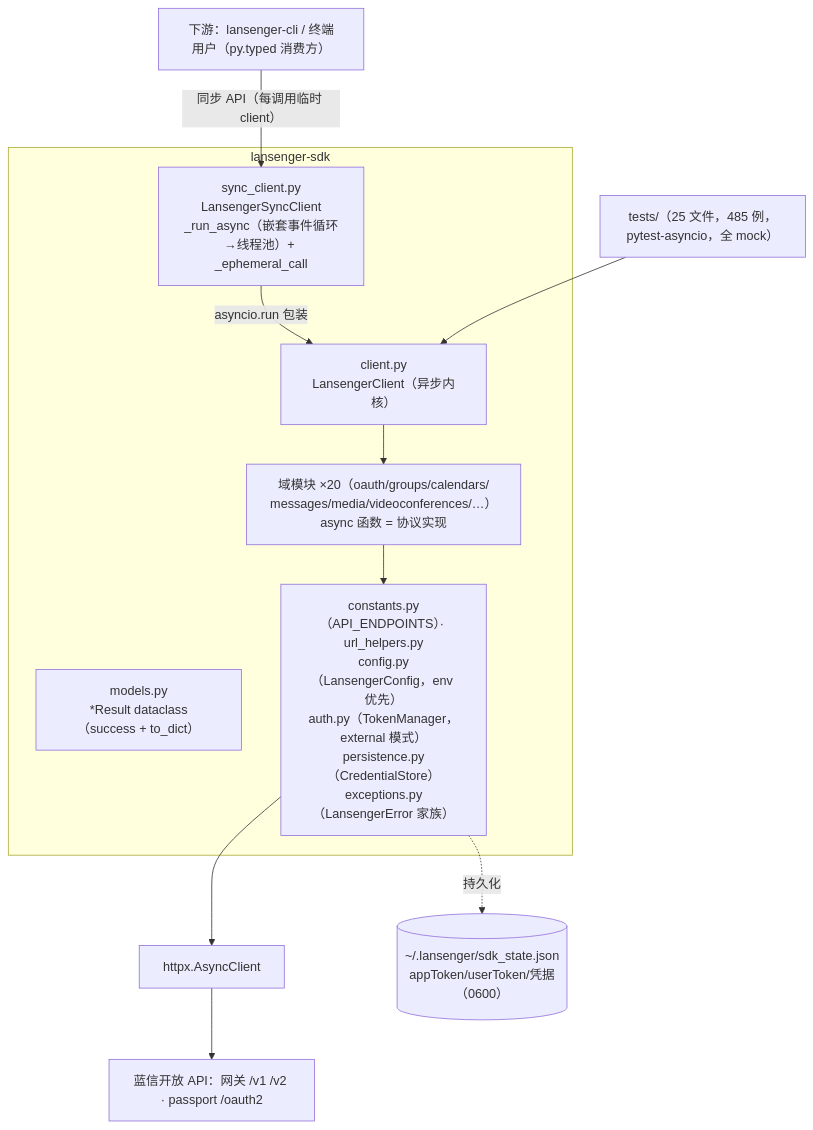
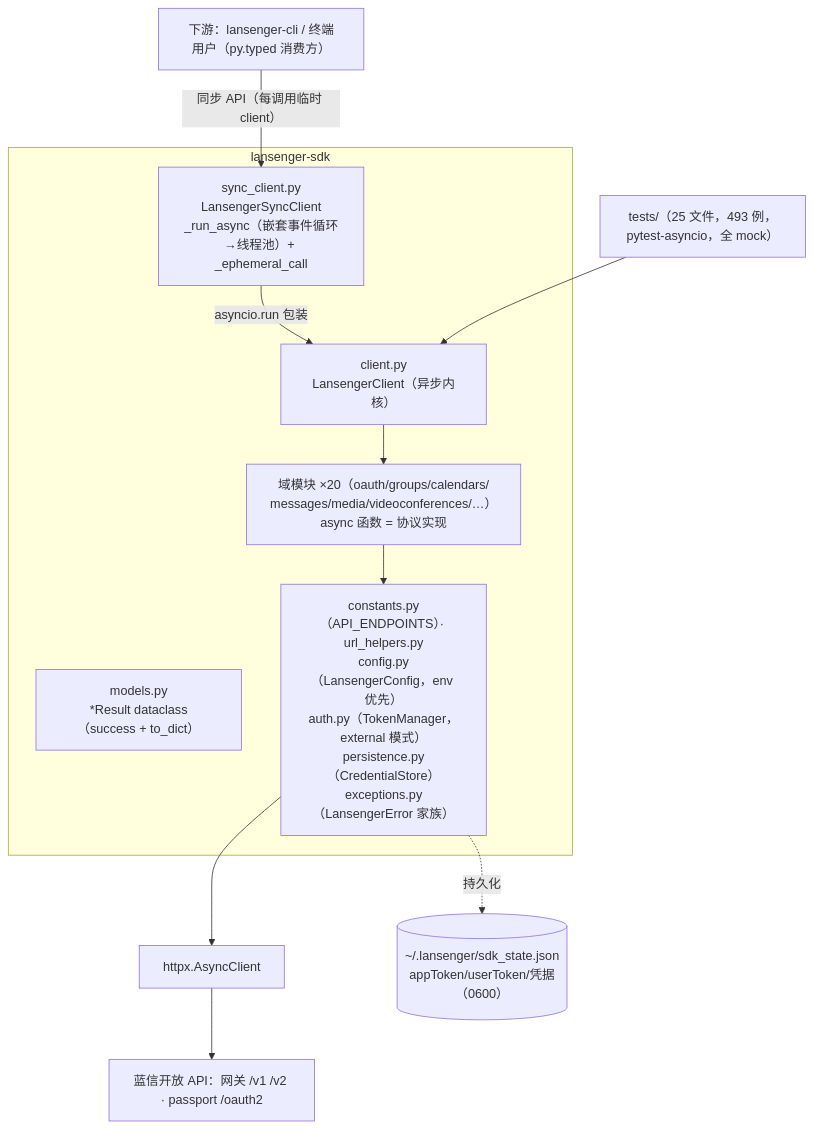
The diagram in docs/architecture.md (lansenger-pm/lansenger-sdk-python), drawn with Mermaid before and after one commit. The commit also changed other lines of this file and 8 other files, not shown here.

````diff
--- a/docs/architecture.md
+++ b/docs/architecture.md
@@ -8,20 +8,20 @@
 ```mermaid
 flowchart TD
     U["下游：lansenger-cli / 终端用户（py.typed 消费方）"]
 
     subgraph SDK包["lansenger-sdk"]
         SYNC["sync_client.py<br/>LansengerSyncClient<br/>_run_async（嵌套事件循环→线程池）+ _ephemeral_call"]
         CLIENT["client.py<br/>LansengerClient（异步内核）"]
         DOMAINS["域模块 ×20（oauth/groups/calendars/<br/>messages/media/videoconferences/…）<br/>async 函数 = 协议实现"]
         MODELS["models.py<br/>*Result dataclass（success + to_dict）"]
         INFRA["constants.py（API_ENDPOINTS）· url_helpers.py<br/>config.py（LansengerConfig，env 优先）<br/>auth.py（TokenManager，external 模式）<br/>persistence.py（CredentialStore）<br/>exceptions.py（LansengerError 家族）"]
     end
 
     HTTP["httpx.AsyncClient"]
     API["蓝信开放 API：网关 /v1 /v2 · passport /oauth2"]
 
     U -->|"同步 API（每调用临时 client）"| SYNC -->|"asyncio.run 包装"| CLIENT
     CLIENT --> DOMAINS --> INFRA --> HTTP --> API
     INFRA -.持久化.-> STORE[("~/.lansenger/sdk_state.json<br/>appToken/userToken/凭据（0600）")]
-    TESTS["tests/（25 文件，485 例，pytest-asyncio，全 mock）"] --> CLIENT
+    TESTS["tests/（25 文件，493 例，pytest-asyncio，全 mock）"] --> CLIENT
 ```
````
